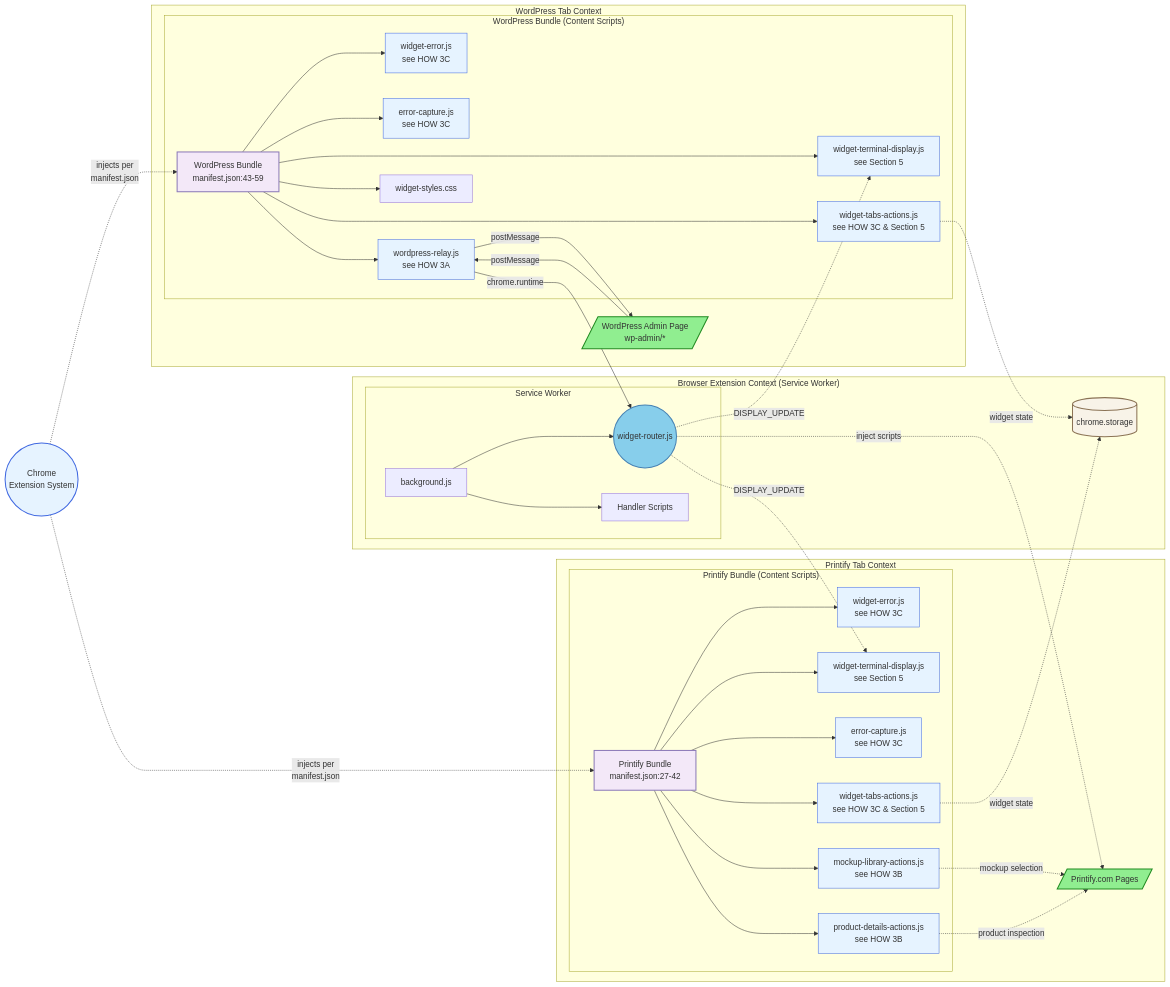
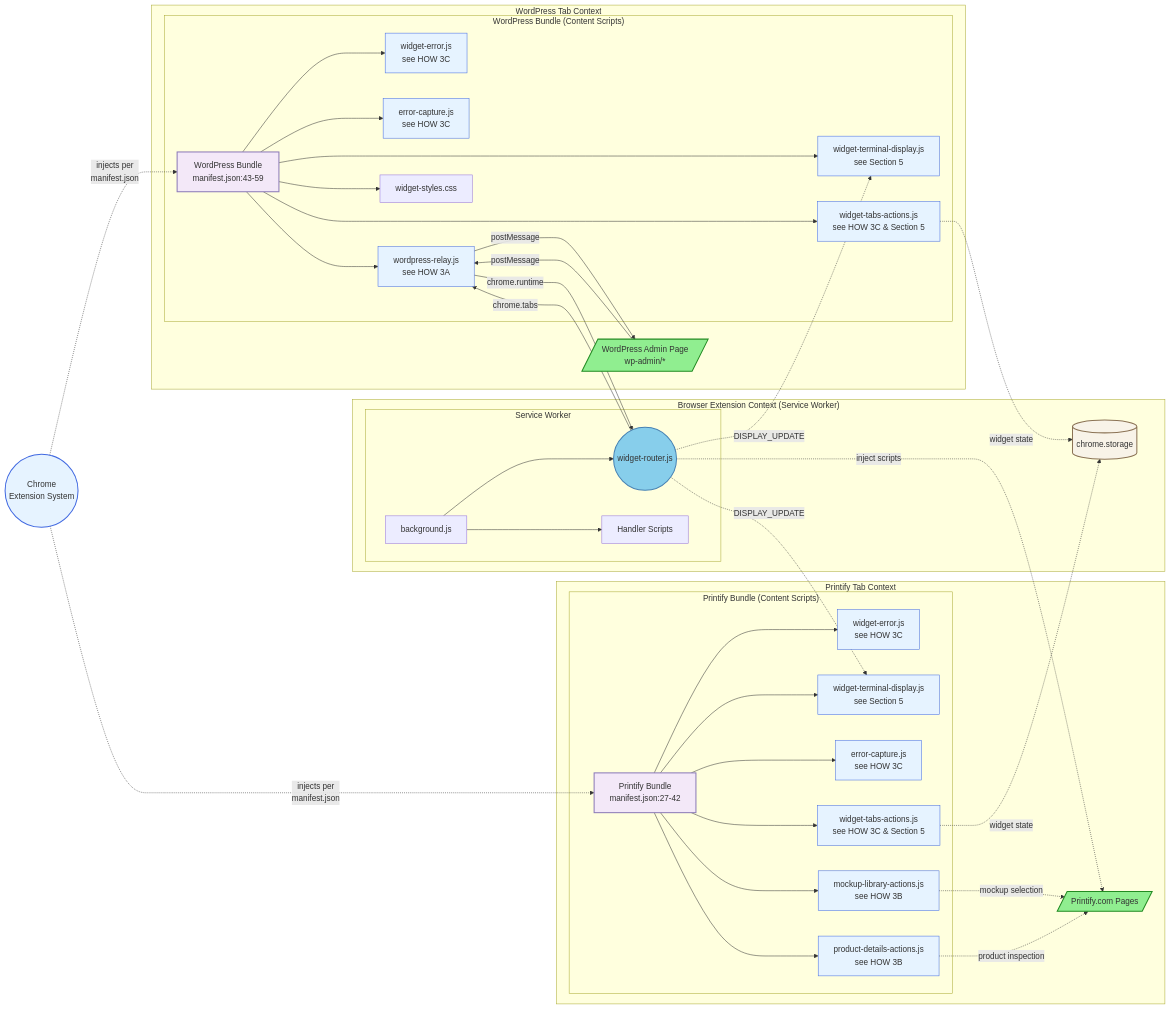
One commit to tdemelle-SiP/.claude changed the second of 4 diagrams in guidelines/sip-printify-manager-extension-guidelines-v3.md. Above: the diagram before and after it, drawn with Mermaid. The commit also changed other lines of this file, not shown here.

First line of the commit message:
Document two-listener architecture in   wordpress-relay.js

````diff
--- a/guidelines/sip-printify-manager-extension-guidelines-v3.md
+++ b/guidelines/sip-printify-manager-extension-guidelines-v3.md
@@ -302,71 +302,72 @@
 ```mermaid
 graph LR
   Chrome((Chrome<br/>Extension System))
   
   subgraph "Browser Extension Context (Service Worker)"
     subgraph "Service Worker"
       SW[background.js] --> Router((widget-router.js))
       SW --> Handlers[Handler Scripts]
     end
     
     Storage[(chrome.storage)]
   end
   
   subgraph "WordPress Tab Context"
     subgraph "WordPress Bundle (Content Scripts)"
       WPBundle[WordPress Bundle<br/>manifest.json:43-59]
       WPBundle --> WE[widget-error.js<br/>see HOW 3C]
       WPBundle --> WTD1[widget-terminal-display.js<br/>see Section 5]
       WPBundle --> EC1[error-capture.js<br/>see HOW 3C]
       WPBundle --> WR[wordpress-relay.js<br/>see HOW 3A]
       WPBundle --> WT1[widget-tabs-actions.js<br/>see HOW 3C & Section 5]
       WPBundle --> WSS[widget-styles.css]
     end
     
     WPPage[/WordPress Admin Page<br/>wp-admin/*/]
     WR -->|postMessage| WPPage
     WPPage -->|postMessage| WR
   end
   
   subgraph "Printify Tab Context"
     subgraph "Printify Bundle (Content Scripts)"
       PBundle[Printify Bundle<br/>manifest.json:27-42]
       PBundle --> WE2[widget-error.js<br/>see HOW 3C]
       PBundle --> WTD2[widget-terminal-display.js<br/>see Section 5]
       PBundle --> EC2[error-capture.js<br/>see HOW 3C]
       PBundle --> WT2[widget-tabs-actions.js<br/>see HOW 3C & Section 5]
       PBundle --> MLA[mockup-library-actions.js<br/>see HOW 3B]
       PBundle --> PDA[product-details-actions.js<br/>see HOW 3B]
     end
     
     PrintifyPage[/Printify.com Pages/]
     MLA -.->|mockup selection| PrintifyPage
     PDA -.->|product inspection| PrintifyPage
   end
   
   WR -->|chrome.runtime| Router
+  Router -->|chrome.tabs| WR
   Router -.->|DISPLAY_UPDATE| WTD1
   Router -.->|DISPLAY_UPDATE| WTD2
   Router -.->|inject scripts| PrintifyPage
   WT1 -.->|widget state| Storage
   WT2 -.->|widget state| Storage
   
   Chrome -.->|injects per<br/>manifest.json| WPBundle
   Chrome -.->|injects per<br/>manifest.json| PBundle
   
   %% Style definitions
   classDef userFacingStyle fill:#90EE90,stroke:#228B22,stroke-width:2px
   classDef routerStyle fill:#87CEEB,stroke:#4682B4,stroke-width:2px
   classDef scriptStyle fill:#E6F3FF,stroke:#4169E1,stroke-width:1px
   classDef storageStyle fill:#F8F3E8,stroke:#8B7355,stroke-width:2px
   classDef groupStyle fill:#F3E8F8,stroke:#8B7AB8,stroke-width:2px
   classDef chromeStyle fill:#E6F3FF,stroke:#4169E1,stroke-width:2px
   
   %% Apply styles
   class WPPage,PrintifyPage userFacingStyle
   class Router routerStyle
   class WE,WE2,WTD1,WTD2,EC1,EC2,WR,WT1,WT2,MLA,PDA scriptStyle
   class Storage storageStyle
   class WPBundle,PBundle groupStyle
   class Chrome chromeStyle
 ```
````
